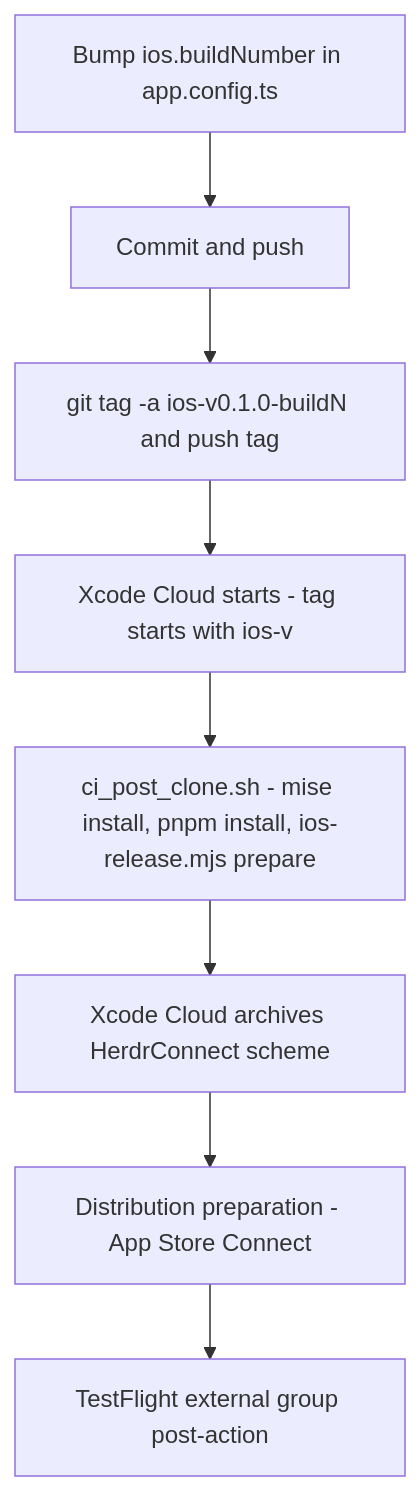
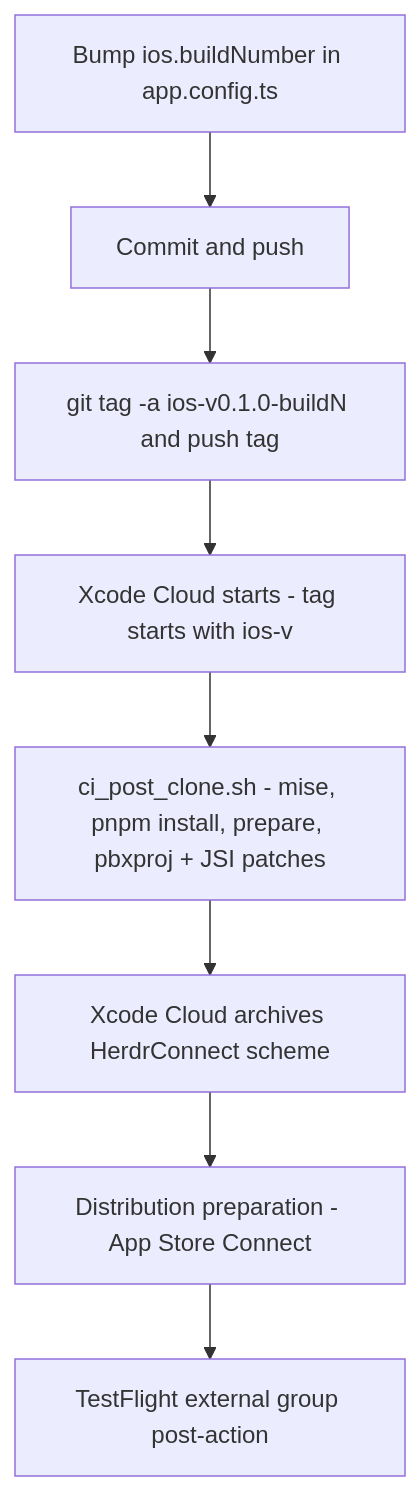
One commit to Tomyail/herdr-connect changed the first of 2 diagrams in openwiki/mobile/release-pipeline.md. Above: the diagram before and after it, drawn with Mermaid. The commit also changed other lines of this file and 13 other files, not shown here.

````diff
--- a/openwiki/mobile/release-pipeline.md
+++ b/openwiki/mobile/release-pipeline.md
@@ -49,10 +53,10 @@
 ```mermaid
 flowchart TD
     A["Bump ios.buildNumber in app.config.ts"] --> B["Commit and push"]
     B --> C["git tag -a ios-v0.1.0-buildN and push tag"]
     C --> D["Xcode Cloud starts - tag starts with ios-v"]
-    D --> E["ci_post_clone.sh - mise install, pnpm install, ios-release.mjs prepare"]
+    D --> E["ci_post_clone.sh - mise, pnpm install, prepare, pbxproj + JSI patches"]
     E --> F["Xcode Cloud archives HerdrConnect scheme"]
     F --> G["Distribution preparation - App Store Connect"]
     G --> H["TestFlight external group post-action"]
 ```
````
